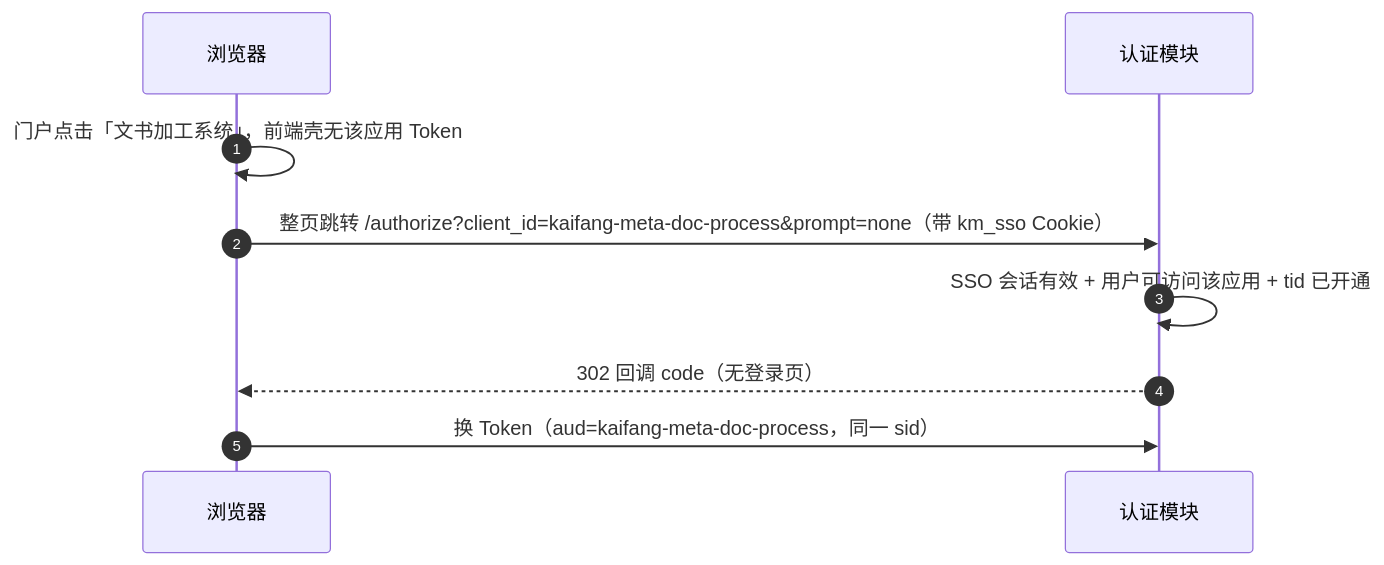
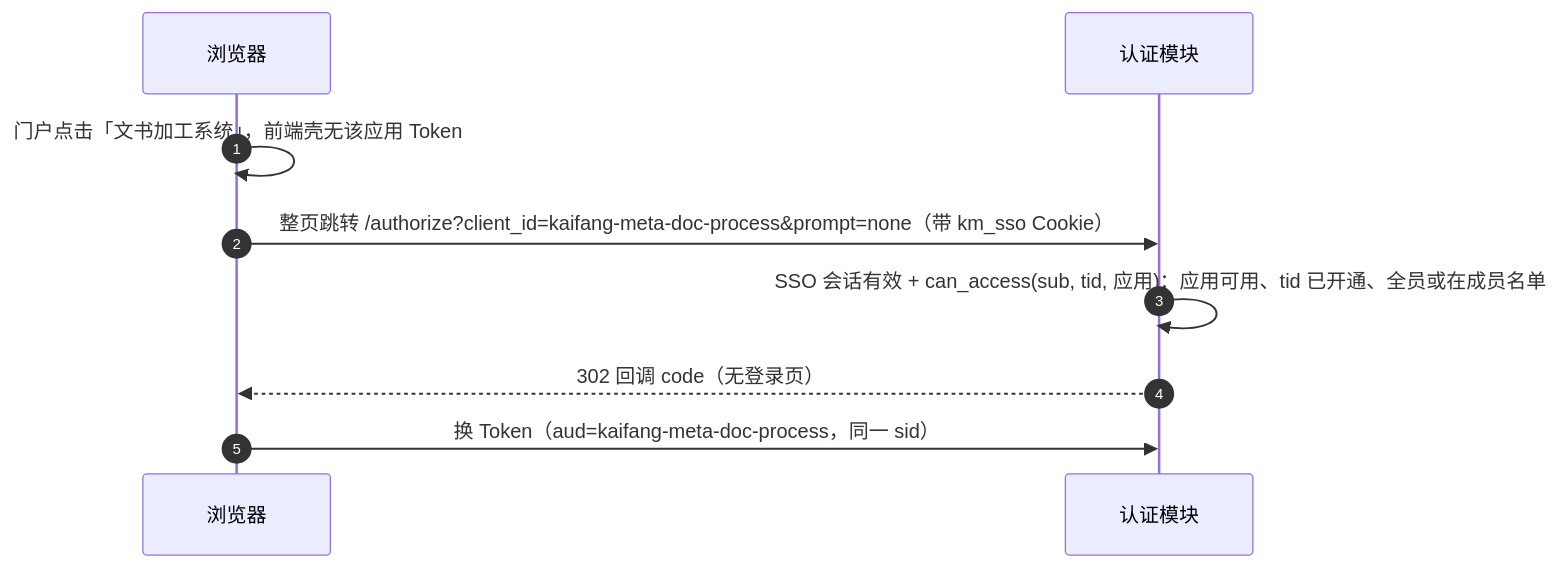
Before and after one commit to AngLi1997/KaifangMeta: the second of 5 diagrams in docs/auth-flow.md, drawn with Mermaid. The commit also changed other lines of this file and 28 other files, not shown here.

````diff
--- a/docs/auth-flow.md
+++ b/docs/auth-flow.md
@@ -43,11 +43,11 @@
 ```mermaid
 sequenceDiagram
   autonumber
   participant U as 浏览器
   participant I as 认证模块
   U->>U: 门户点击「文书加工系统」，前端壳无该应用 Token
   U->>I: 整页跳转 /authorize?client_id=kaifang-meta-doc-process&prompt=none（带 km_sso Cookie）
-  I->>I: SSO 会话有效 + 用户可访问该应用 + tid 已开通
+  I->>I: SSO 会话有效 + can_access(sub, tid, 应用)：应用可用、tid 已开通、全员或在成员名单
   I-->>U: 302 回调 code（无登录页）
   U->>I: 换 Token（aud=kaifang-meta-doc-process，同一 sid）
 ```
````
